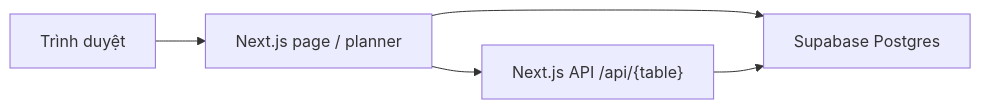
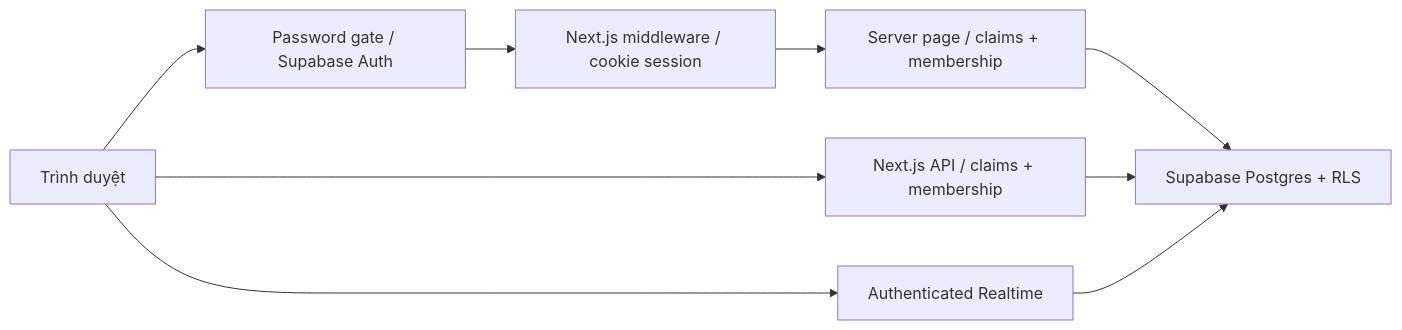
One commit to tqt97/QNwKu changed the first of 2 diagrams in docs/ARCHITECTURE.md. Above: the diagram before and after it, drawn with Mermaid. The commit also changed other lines of this file and 23 other files, not shown here.

````diff
--- a/docs/ARCHITECTURE.md
+++ b/docs/ARCHITECTURE.md
@@ -7,7 +7,11 @@
 ```mermaid
 flowchart LR
-  Browser["Trình duyệt"] --> Page["Next.js page / planner"]
-  Page --> API["Next.js API /api/{table}"]
-  Page --> Supabase["Supabase Postgres"]
+  Browser["Trình duyệt"] --> Gate["Password gate / Supabase Auth"]
+  Gate --> Middleware["Next.js middleware / cookie session"]
+  Middleware --> Page["Server page / claims + membership"]
+  Page --> Supabase["Supabase Postgres + RLS"]
+  Browser --> API["Next.js API / claims + membership"]
   API --> Supabase
+  Browser --> Realtime["Authenticated Realtime"]
+  Realtime --> Supabase
 ```
````
